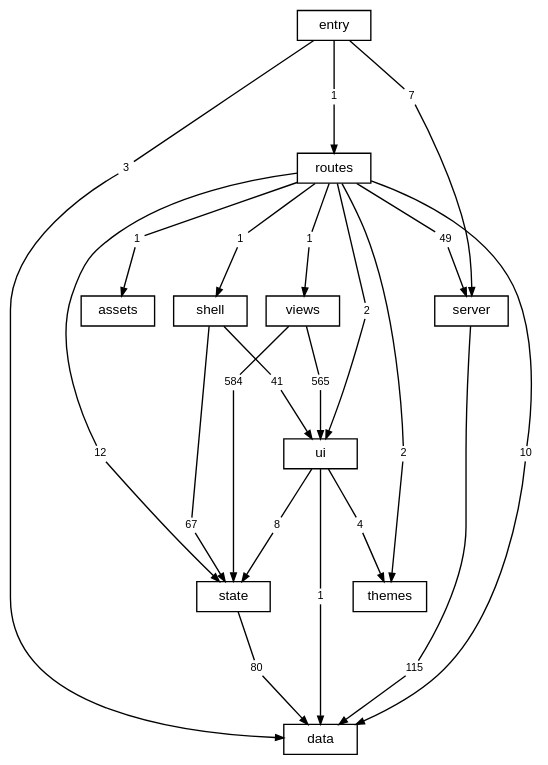
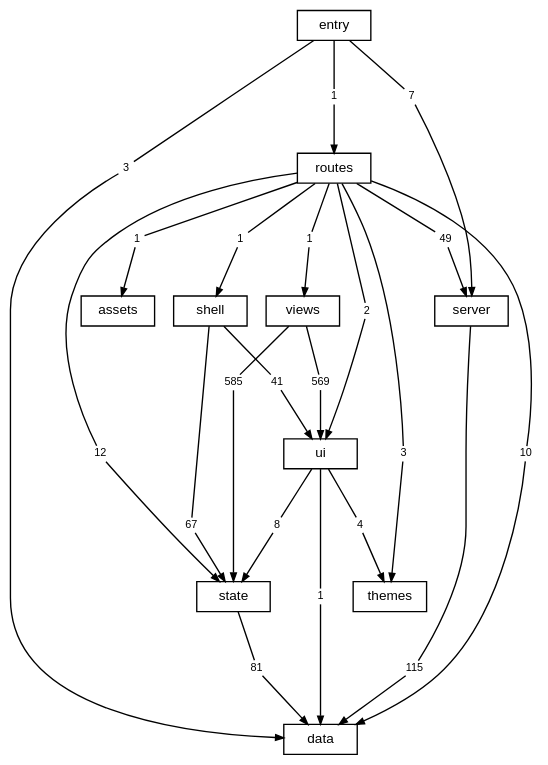
The diagram in docs/diagrams/layers.dot (TheAxeC/oculus), drawn with Graphviz before and after one commit. The commit also changed 88 other files, not shown here.

```diff
--- a/docs/diagrams/layers.dot
+++ b/docs/diagrams/layers.dot
@@ -1,75 +1,75 @@
 digraph layers {
     graph [bgcolor="transparent", rankdir=TB, newrank=true, fontname="Helvetica,Arial,sans-serif", fontsize=12, nodesep=0.2, ranksep=0.5];
     node [shape=box, color="black", fontcolor="black", fontname="Helvetica,Arial,sans-serif", fontsize=10, height=0.3, margin="0.12,0.04"];
     edge [color="black", fontcolor="black", fontname="Helvetica,Arial,sans-serif", fontsize=8, arrowsize=0.6];
     "data";
     "server";
     "state";
     "ui";
     "shell";
     "views";
     "themes";
     "routes";
     "src" [label="entry"];
     "files: assets" [label="assets"];
     "routes to data" [label="10", shape=box, color="transparent", fontsize=8, width=0, height=0, margin="0.04,0.02"];
     "routes" -> "routes to data" [arrowhead=none];
     "routes to data" -> "data" [];
     "routes to files: assets" [label="1", shape=box, color="transparent", fontsize=8, width=0, height=0, margin="0.04,0.02"];
     "routes" -> "routes to files: assets" [arrowhead=none];
     "routes to files: assets" -> "files: assets" [];
     "routes to server" [label="49", shape=box, color="transparent", fontsize=8, width=0, height=0, margin="0.04,0.02"];
     "routes" -> "routes to server" [arrowhead=none];
     "routes to server" -> "server" [];
     "routes to shell" [label="1", shape=box, color="transparent", fontsize=8, width=0, height=0, margin="0.04,0.02"];
     "routes" -> "routes to shell" [arrowhead=none];
     "routes to shell" -> "shell" [];
     "routes to state" [label="12", shape=box, color="transparent", fontsize=8, width=0, height=0, margin="0.04,0.02"];
     "routes" -> "routes to state" [arrowhead=none];
     "routes to state" -> "state" [];
-    "routes to themes" [label="2", shape=box, color="transparent", fontsize=8, width=0, height=0, margin="0.04,0.02"];
+    "routes to themes" [label="3", shape=box, color="transparent", fontsize=8, width=0, height=0, margin="0.04,0.02"];
     "routes" -> "routes to themes" [arrowhead=none];
     "routes to themes" -> "themes" [];
     "routes to ui" [label="2", shape=box, color="transparent", fontsize=8, width=0, height=0, margin="0.04,0.02"];
     "routes" -> "routes to ui" [arrowhead=none];
     "routes to ui" -> "ui" [];
     "routes to views" [label="1", shape=box, color="transparent", fontsize=8, width=0, height=0, margin="0.04,0.02"];
     "routes" -> "routes to views" [arrowhead=none];
     "routes to views" -> "views" [];
     "server to data" [label="115", shape=box, color="transparent", fontsize=8, width=0, height=0, margin="0.04,0.02"];
     "server" -> "server to data" [arrowhead=none];
     "server to data" -> "data" [];
     "shell to state" [label="67", shape=box, color="transparent", fontsize=8, width=0, height=0, margin="0.04,0.02"];
     "shell" -> "shell to state" [arrowhead=none];
     "shell to state" -> "state" [];
     "shell to ui" [label="41", shape=box, color="transparent", fontsize=8, width=0, height=0, margin="0.04,0.02"];
     "shell" -> "shell to ui" [arrowhead=none];
     "shell to ui" -> "ui" [];
     "src to data" [label="3", shape=box, color="transparent", fontsize=8, width=0, height=0, margin="0.04,0.02"];
     "src" -> "src to data" [arrowhead=none];
     "src to data" -> "data" [];
     "src to routes" [label="1", shape=box, color="transparent", fontsize=8, width=0, height=0, margin="0.04,0.02"];
     "src" -> "src to routes" [arrowhead=none];
     "src to routes" -> "routes" [];
     "src to server" [label="7", shape=box, color="transparent", fontsize=8, width=0, height=0, margin="0.04,0.02"];
     "src" -> "src to server" [arrowhead=none];
     "src to server" -> "server" [];
-    "state to data" [label="80", shape=box, color="transparent", fontsize=8, width=0, height=0, margin="0.04,0.02"];
+    "state to data" [label="81", shape=box, color="transparent", fontsize=8, width=0, height=0, margin="0.04,0.02"];
     "state" -> "state to data" [arrowhead=none];
     "state to data" -> "data" [];
     "ui to data" [label="1", shape=box, color="transparent", fontsize=8, width=0, height=0, margin="0.04,0.02"];
     "ui" -> "ui to data" [arrowhead=none];
     "ui to data" -> "data" [];
     "ui to state" [label="8", shape=box, color="transparent", fontsize=8, width=0, height=0, margin="0.04,0.02"];
     "ui" -> "ui to state" [arrowhead=none];
     "ui to state" -> "state" [];
     "ui to themes" [label="4", shape=box, color="transparent", fontsize=8, width=0, height=0, margin="0.04,0.02"];
     "ui" -> "ui to themes" [arrowhead=none];
     "ui to themes" -> "themes" [];
-    "views to state" [label="584", shape=box, color="transparent", fontsize=8, width=0, height=0, margin="0.04,0.02"];
+    "views to state" [label="585", shape=box, color="transparent", fontsize=8, width=0, height=0, margin="0.04,0.02"];
     "views" -> "views to state" [arrowhead=none];
     "views to state" -> "state" [];
-    "views to ui" [label="565", shape=box, color="transparent", fontsize=8, width=0, height=0, margin="0.04,0.02"];
+    "views to ui" [label="569", shape=box, color="transparent", fontsize=8, width=0, height=0, margin="0.04,0.02"];
     "views" -> "views to ui" [arrowhead=none];
     "views to ui" -> "ui" [];
 }
```
